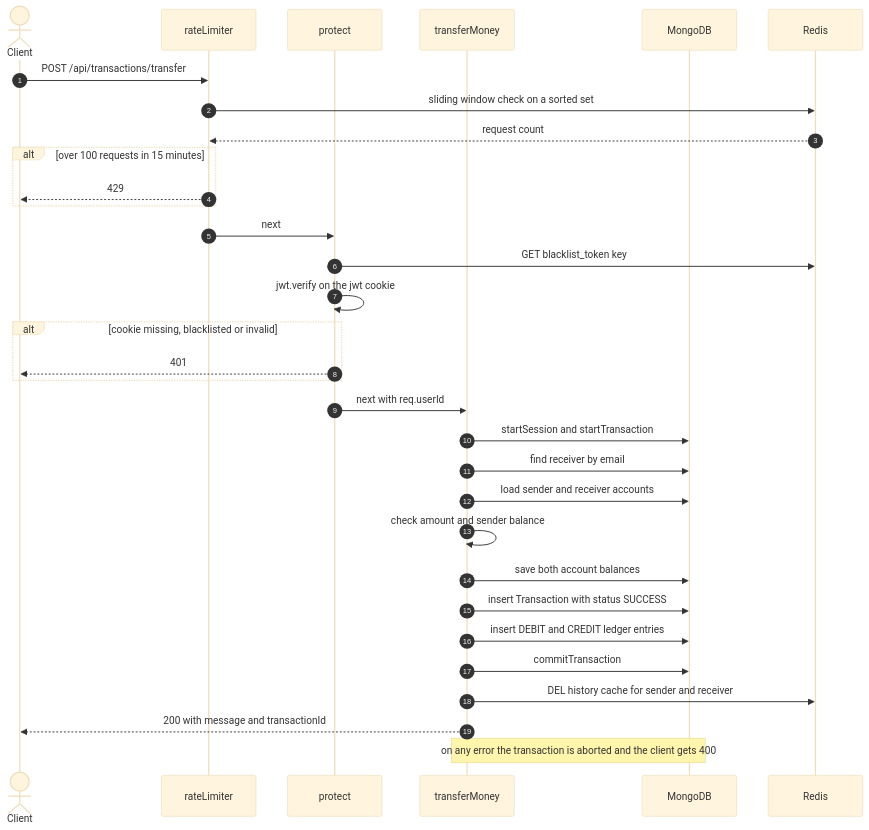
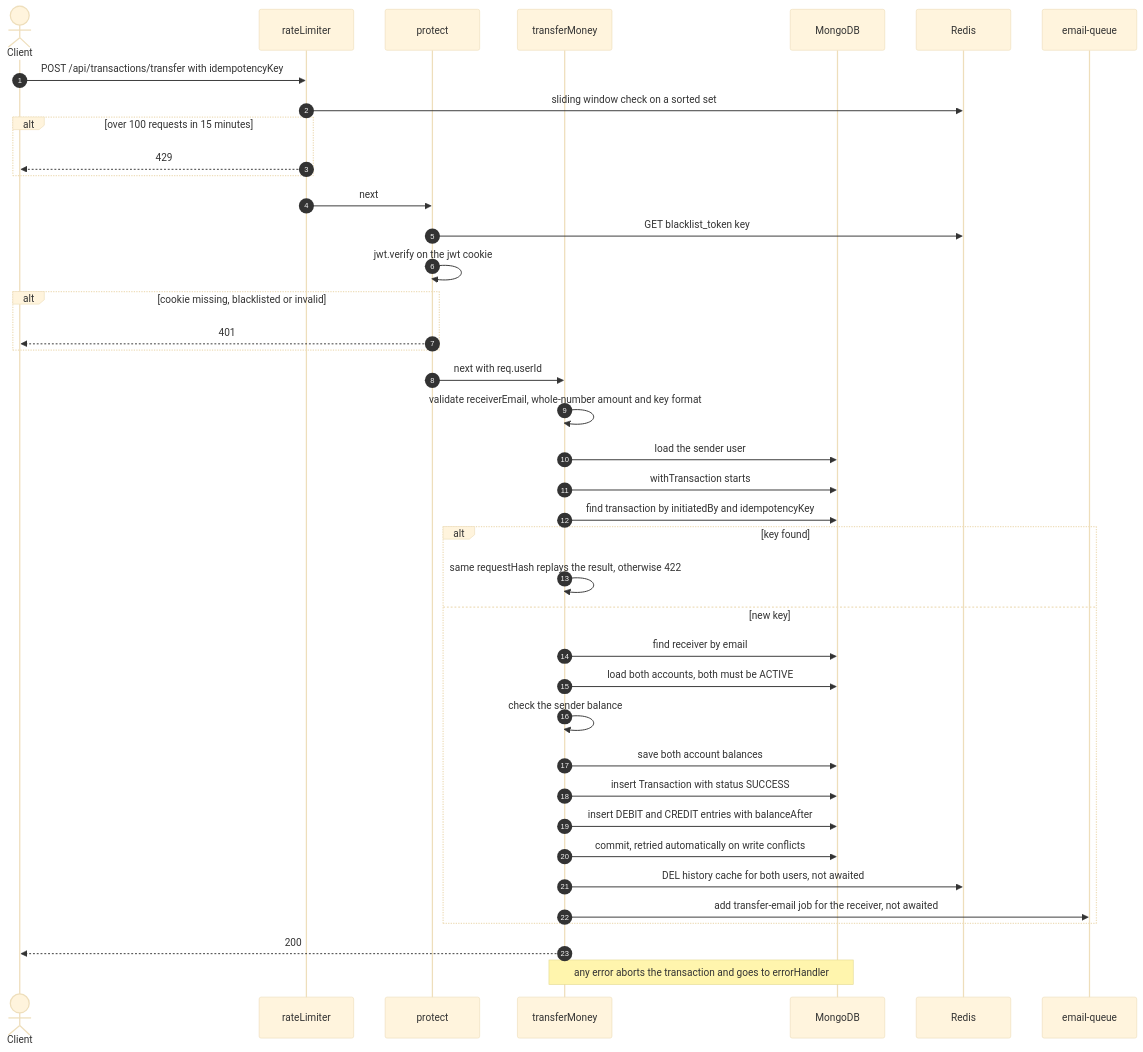
One commit to Satish-011/Backend-ledger changed the third of 4 diagrams in README.md. Above: the diagram before and after it, drawn with Mermaid (base theme). The commit also changed other lines of this file, not shown here.

````diff
--- a/README.md
+++ b/README.md
@@ -115,35 +125,43 @@
 ```mermaid
 sequenceDiagram
     autonumber
     actor Client
     participant RL as rateLimiter
     participant PR as protect
     participant TC as transferMoney
     participant M as MongoDB
     participant R as Redis
+    participant Q as email-queue
 
-    Client->>RL: POST /api/transactions/transfer
+    Client->>RL: POST /api/transactions/transfer with idempotencyKey
     RL->>R: sliding window check on a sorted set
-    R-->>RL: request count
     alt over 100 requests in 15 minutes
         RL-->>Client: 429
     end
     RL->>PR: next
     PR->>R: GET blacklist_token key
     PR->>PR: jwt.verify on the jwt cookie
     alt cookie missing, blacklisted or invalid
         PR-->>Client: 401
     end
     PR->>TC: next with req.userId
-    TC->>M: startSession and startTransaction
-    TC->>M: find receiver by email
-    TC->>M: load sender and receiver accounts
-    TC->>TC: check amount and sender balance
-    TC->>M: save both account balances
-    TC->>M: insert Transaction with status SUCCESS
-    TC->>M: insert DEBIT and CREDIT ledger entries
-    TC->>M: commitTransaction
-    TC->>R: DEL history cache for sender and receiver
-    TC-->>Client: 200 with message and transactionId
-    Note over TC,M: on any error the transaction is aborted and the client gets 400
+    TC->>TC: validate receiverEmail, whole-number amount and key format
+    TC->>M: load the sender user
+    TC->>M: withTransaction starts
+    TC->>M: find transaction by initiatedBy and idempotencyKey
+    alt key found
+        TC->>TC: same requestHash replays the result, otherwise 422
+    else new key
+        TC->>M: find receiver by email
+        TC->>M: load both accounts, both must be ACTIVE
+        TC->>TC: check the sender balance
+        TC->>M: save both account balances
+        TC->>M: insert Transaction with status SUCCESS
+        TC->>M: insert DEBIT and CREDIT entries with balanceAfter
+        TC->>M: commit, retried automatically on write conflicts
+        TC->>R: DEL history cache for both users, not awaited
+        TC->>Q: add transfer-email job for the receiver, not awaited
+    end
+    TC-->>Client: 200
+    Note over TC,M: any error aborts the transaction and goes to errorHandler
 ```
````
